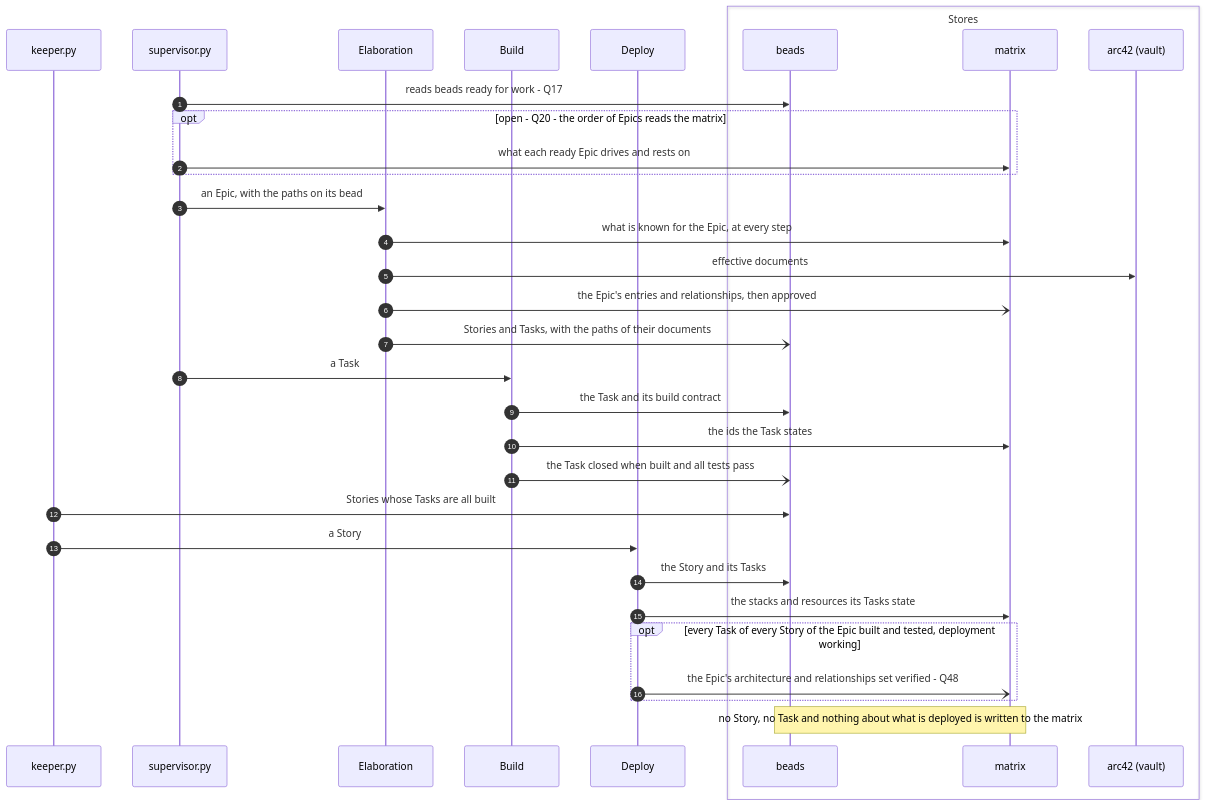
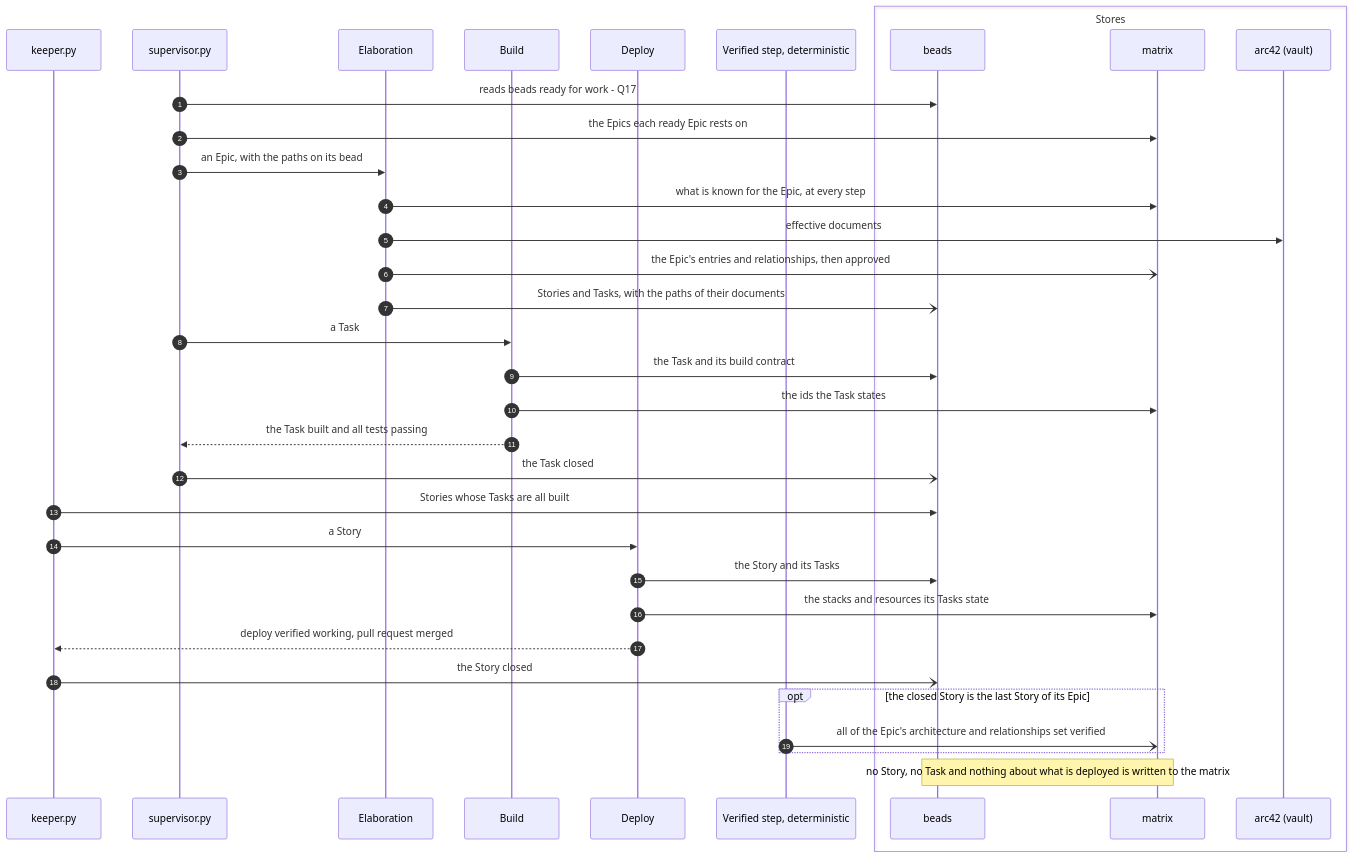
Before and after one commit to mark-satterfield/toolset: the eighth of 8 diagrams in plugins/agent-teams-workforce/blueprint/design/pipelines-driver.md, drawn with Mermaid. The commit also changed other lines of this file and 2 other files, not shown here.

First line of the commit message:
docs(blueprint): decide the driver, PRD and deploy questions that are not the owner's

````diff
--- a/plugins/agent-teams-workforce/blueprint/design/pipelines-driver.md
+++ b/plugins/agent-teams-workforce/blueprint/design/pipelines-driver.md
@@ -342,36 +371,38 @@
 ```mermaid
 sequenceDiagram
     autonumber
     participant K as keeper.py
     participant S as supervisor.py
     participant EL as Elaboration
     participant BU as Build
     participant DE as Deploy
+    participant V as Verified step, deterministic
     box Stores
         participant BD as beads
         participant MX as matrix
         participant A42 as arc42 (vault)
     end
 
     S->>BD: reads beads ready for work - Q17
-    opt open - Q20 - the order of Epics reads the matrix
-        S->>MX: what each ready Epic drives and rests on
-    end
+    S->>MX: the Epics each ready Epic rests on
     S->>EL: an Epic, with the paths on its bead
     EL->>MX: what is known for the Epic, at every step
     EL->>A42: effective documents
     EL-)MX: the Epic's entries and relationships, then approved
     EL-)BD: Stories and Tasks, with the paths of their documents
     S->>BU: a Task
     BU->>BD: the Task and its build contract
     BU->>MX: the ids the Task states
-    BU-)BD: the Task closed when built and all tests pass
+    BU-->>S: the Task built and all tests passing
+    S-)BD: the Task closed
     K->>BD: Stories whose Tasks are all built
     K->>DE: a Story
     DE->>BD: the Story and its Tasks
     DE->>MX: the stacks and resources its Tasks state
-    opt every Task of every Story of the Epic built and tested, deployment working
-        DE-)MX: the Epic's architecture and relationships set verified - Q48
+    DE-->>K: deploy verified working, pull request merged
+    K-)BD: the Story closed
+    opt the closed Story is the last Story of its Epic
+        V-)MX: all of the Epic's architecture and relationships set verified
     end
     Note over BD,MX: no Story, no Task and nothing about what is deployed is written to the matrix
 ```
````
